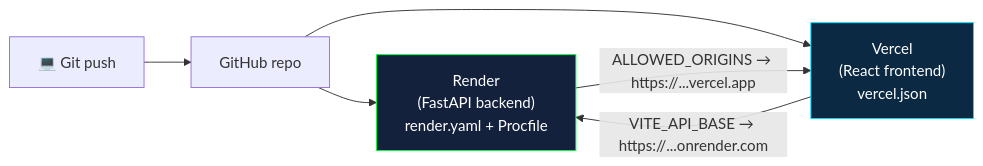
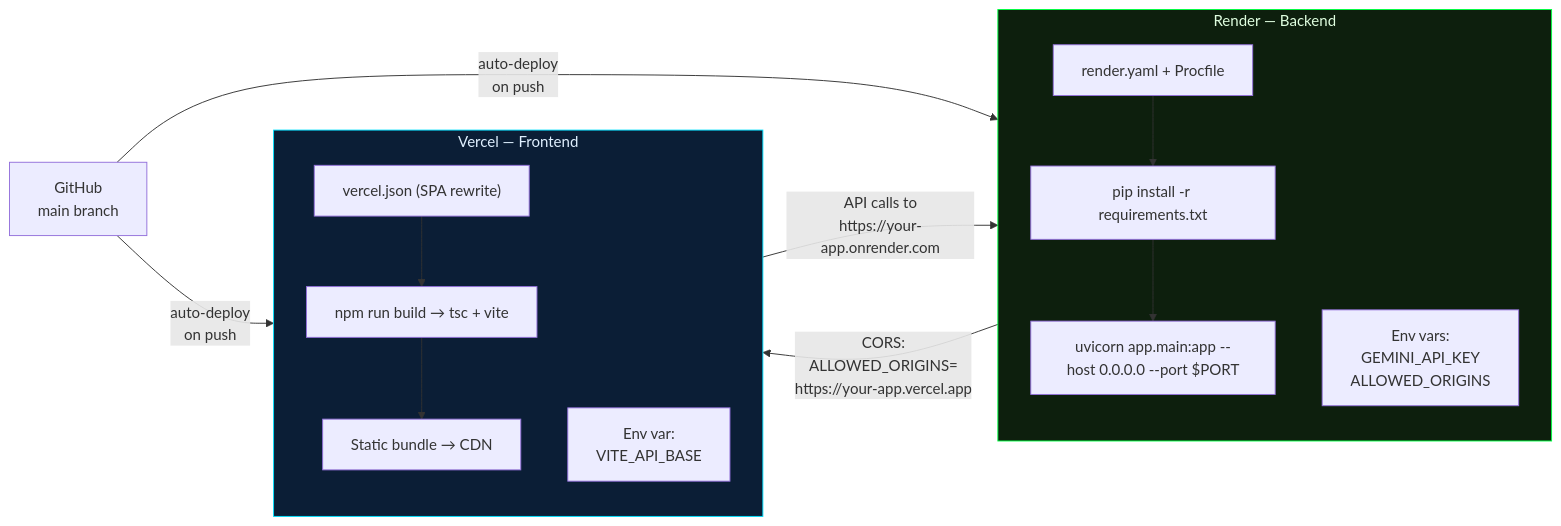
The seventh of 7 diagrams in README.md (MayankSinghRaghav/FootIQ), drawn with Mermaid before and after one commit. The commit also changed other lines of this file, not shown here.

First line of the commit message:
docs: overhaul README with full diagrams and workflow

````diff
--- a/README.md
+++ b/README.md
@@ -367,11 +537,31 @@
 ```mermaid
 flowchart LR
-    Dev["💻 Git push"] --> GH["GitHub repo"]
-    GH --> R["Render<br/>(FastAPI backend)<br/>render.yaml + Procfile"]
-    GH --> V["Vercel<br/>(React frontend)<br/>vercel.json"]
-    V -- "VITE_API_BASE → https://...onrender.com" --> R
-    R -- "ALLOWED_ORIGINS → https://...vercel.app" --> V
+    GH["GitHub\nmain branch"]
 
-    style R fill:#14213d,stroke:#00ff41,color:#fff
-    style V fill:#0b2942,stroke:#00e0ff,color:#fff
+    GH -->|"auto-deploy\non push"| RND
+    GH -->|"auto-deploy\non push"| VCL
+
+    subgraph RND["Render — Backend"]
+        direction TB
+        R1["render.yaml + Procfile"]
+        R2["pip install -r requirements.txt"]
+        R3["uvicorn app.main:app --host 0.0.0.0 --port $PORT"]
+        R4["Env vars:\nGEMINI_API_KEY\nALLOWED_ORIGINS"]
+        R1 --> R2 --> R3
+    end
+
+    subgraph VCL["Vercel — Frontend"]
+        direction TB
+        V1["vercel.json (SPA rewrite)"]
+        V2["npm run build → tsc + vite"]
+        V3["Static bundle → CDN"]
+        V4["Env var:\nVITE_API_BASE"]
+        V1 --> V2 --> V3
+    end
+
+    RND -- "CORS:\nALLOWED_ORIGINS=\nhttps://your-app.vercel.app" --> VCL
+    VCL -- "API calls to\nhttps://your-app.onrender.com" --> RND
+
+    style RND fill:#0d1f0d,stroke:#00ff41,color:#e0ffe0
+    style VCL fill:#0b1e36,stroke:#00e0ff,color:#e0f0ff
 ```
````
